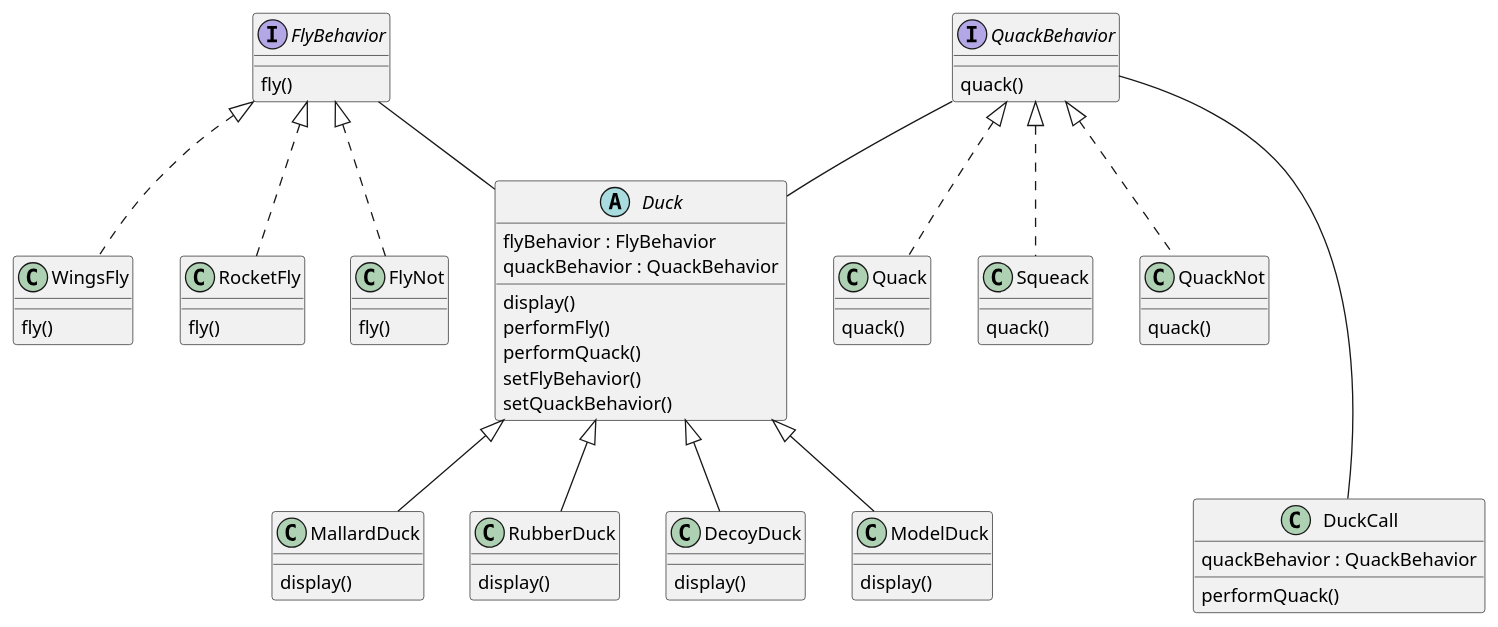
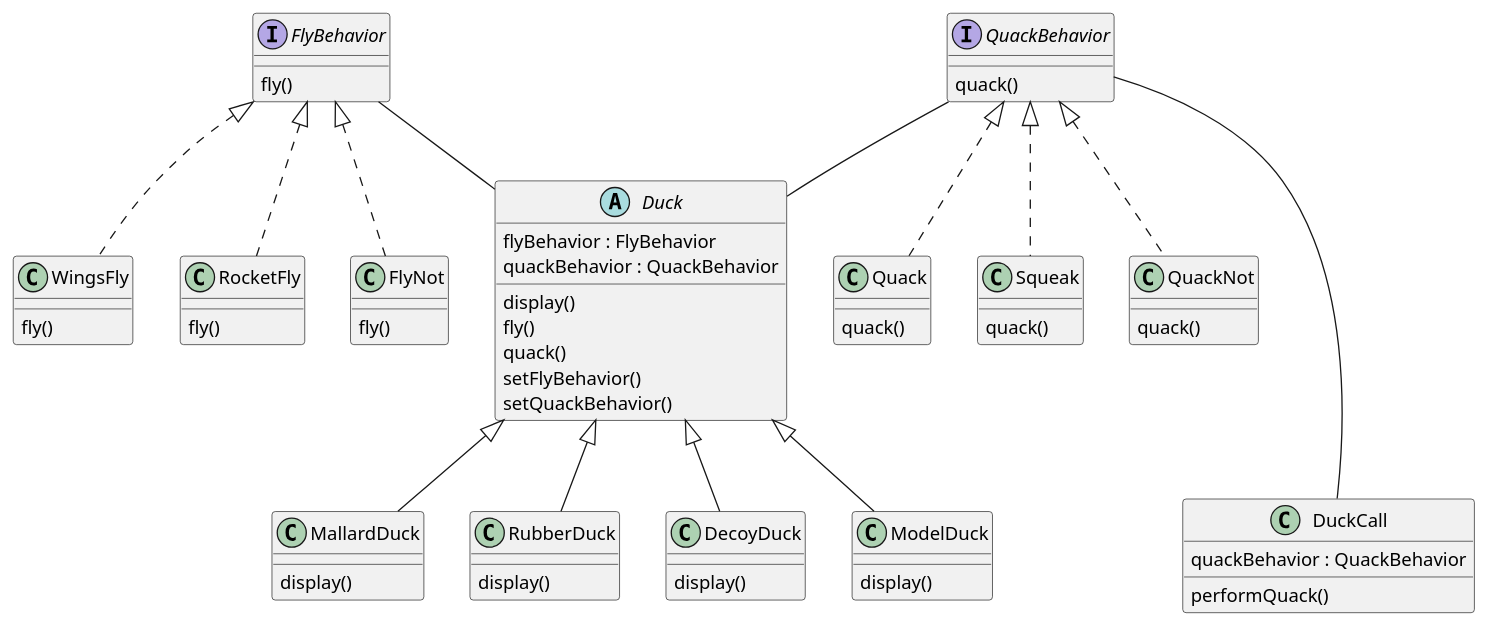
The diagram in 01_strategy_pattern/README.md (alesgenova/design-patterns), drawn with PlantUML before and after one commit. The commit also changed 17 other files, not shown here.

```diff
--- a/01_strategy_pattern/README.md
+++ b/01_strategy_pattern/README.md
@@ -11,8 +11,8 @@
   flyBehavior : FlyBehavior
   quackBehavior : QuackBehavior
   display()
-  performFly()
-  performQuack()
+  fly()
+  quack()
   setFlyBehavior()
   setQuackBehavior()
 }
@@ -57,7 +57,7 @@
   quack()
 }
 
-Class Squeack{
+Class Squeak{
   quack()
 }
 
@@ -82,7 +82,7 @@
 FlyBehavior <|.. FlyNot
 
 QuackBehavior <|.. Quack
-QuackBehavior <|.. Squeack
+QuackBehavior <|.. Squeak
 QuackBehavior <|.. QuackNot
 
 QuackBehavior -- Duck
```
